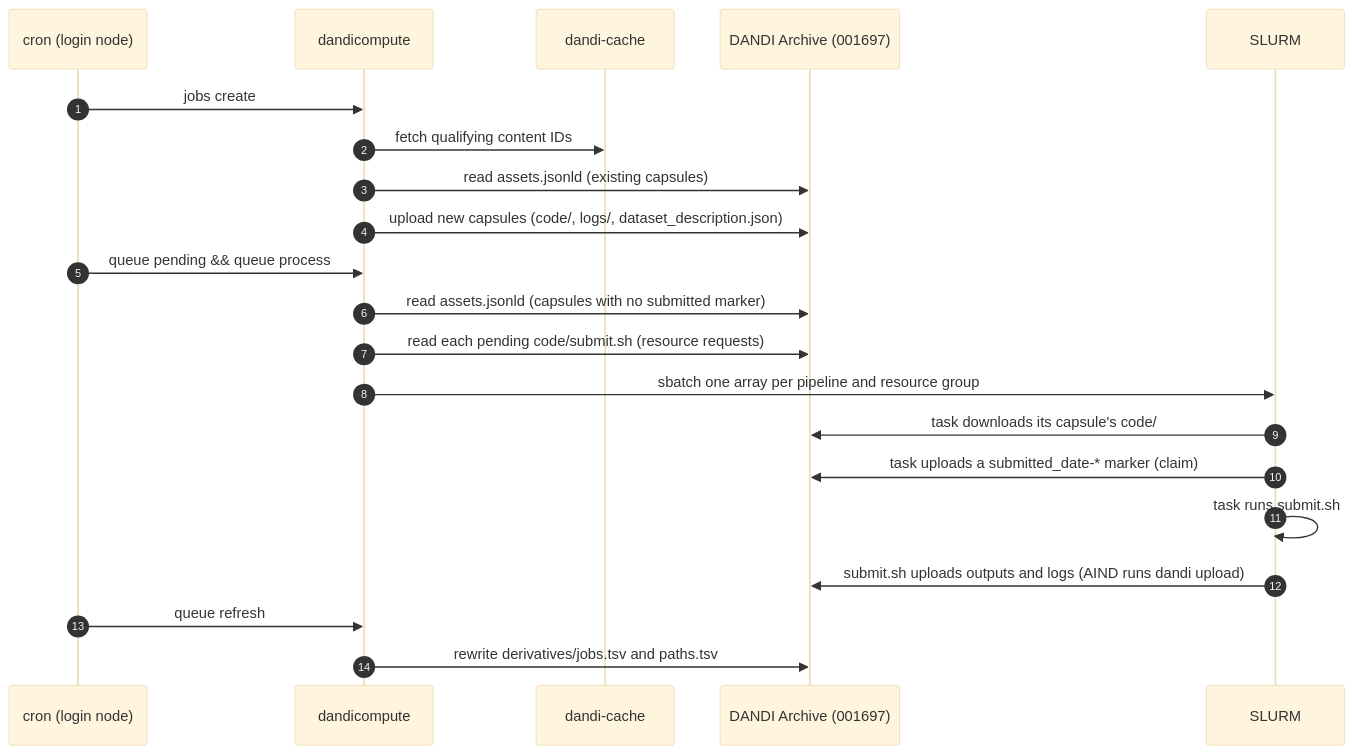
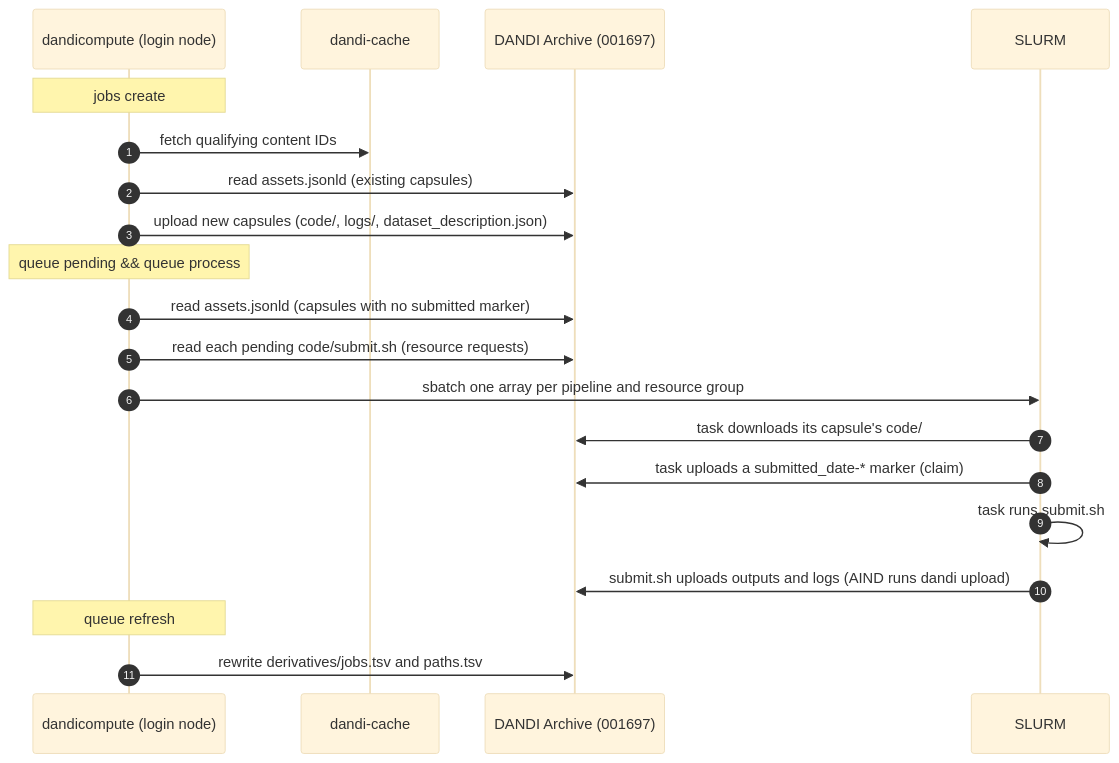
One commit to dandi-compute/dandi-compute-core changed the second of 2 diagrams in docs/overview.md. Above: the diagram before and after it, drawn with Mermaid (base theme). The commit also changed other lines of this file and 3 other files, not shown here.

First line of the commit message:
Removed the cron schedule and CLI summary from the docs

````diff
--- a/docs/overview.md
+++ b/docs/overview.md
@@ -72,27 +72,26 @@
 ```mermaid
 sequenceDiagram
     autonumber
-    participant Cron as cron (login node)
-    participant CLI as dandicompute
+    participant CLI as dandicompute (login node)
     participant Cache as dandi-cache
     participant DANDI as DANDI Archive (001697)
     participant SLURM
 
-    Cron->>CLI: jobs create
+    Note over CLI: jobs create
     CLI->>Cache: fetch qualifying content IDs
     CLI->>DANDI: read assets.jsonld (existing capsules)
     CLI->>DANDI: upload new capsules (code/, logs/, dataset_description.json)
 
-    Cron->>CLI: queue pending && queue process
+    Note over CLI: queue pending && queue process
     CLI->>DANDI: read assets.jsonld (capsules with no submitted marker)
     CLI->>DANDI: read each pending code/submit.sh (resource requests)
     CLI->>SLURM: sbatch one array per pipeline and resource group
 
     SLURM->>DANDI: task downloads its capsule's code/
     SLURM->>DANDI: task uploads a submitted_date-* marker (claim)
     SLURM->>SLURM: task runs submit.sh
     SLURM->>DANDI: submit.sh uploads outputs and logs (AIND runs dandi upload)
 
-    Cron->>CLI: queue refresh
+    Note over CLI: queue refresh
     CLI->>DANDI: rewrite derivatives/jobs.tsv and paths.tsv
 ```
````
